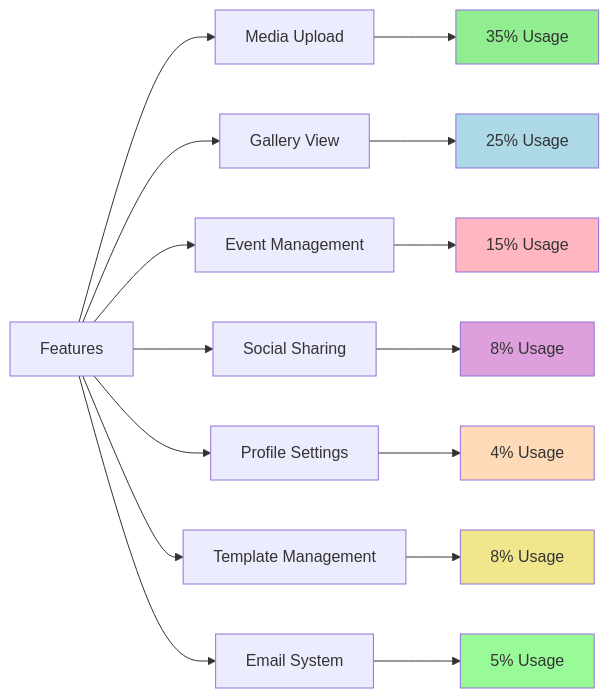
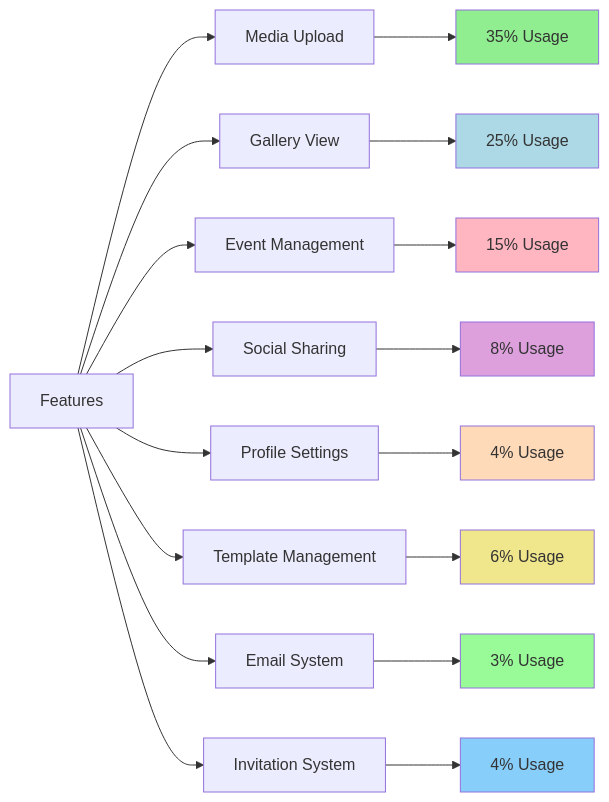
The fifth of 5 diagrams in docs/user-flows/user_flow_overview.md (mrj0nesmtl/cloud-burst), drawn with Mermaid before and after one commit. The commit also changed other lines of this file and 42 other files, not shown here.

````diff
--- a/docs/user-flows/user_flow_overview.md
+++ b/docs/user-flows/user_flow_overview.md
@@ -181,26 +225,29 @@
 ```mermaid
 graph LR
     A[Features] --> B[Media Upload]
     A --> C[Gallery View]
     A --> D[Event Management]
     A --> E[Social Sharing]
     A --> F[Profile Settings]
     A --> G[Template Management]
     A --> H[Email System]
+    A --> I[Invitation System]
     
-    B --> I[35% Usage]
-    C --> J[25% Usage]
-    D --> K[15% Usage]
-    E --> L[8% Usage]
-    F --> M[4% Usage]
-    G --> N[8% Usage]
-    H --> O[5% Usage]
+    B --> J[35% Usage]
+    C --> K[25% Usage]
+    D --> L[15% Usage]
+    E --> M[8% Usage]
+    F --> N[4% Usage]
+    G --> O[6% Usage]
+    H --> P[3% Usage]
+    I --> Q[4% Usage]
 
-    style I fill:#90EE90
-    style J fill:#ADD8E6
-    style K fill:#FFB6C1
-    style L fill:#DDA0DD
-    style M fill:#FFDAB9
-    style N fill:#F0E68C
-    style O fill:#98FB98
+    style J fill:#90EE90
+    style K fill:#ADD8E6
+    style L fill:#FFB6C1
+    style M fill:#DDA0DD
+    style N fill:#FFDAB9
+    style O fill:#F0E68C
+    style P fill:#98FB98
+    style Q fill:#87CEFA
 ```
````
